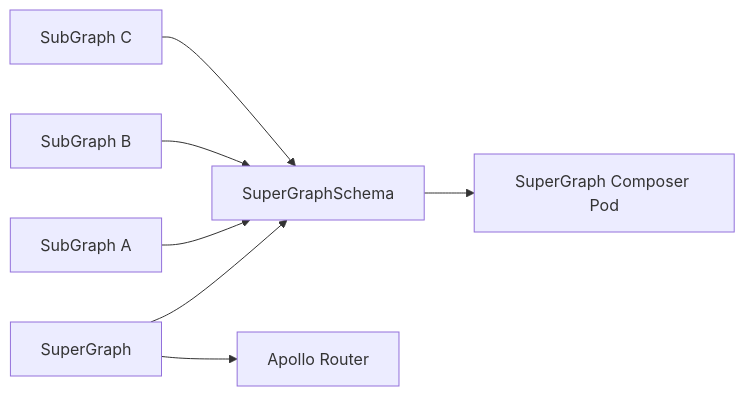
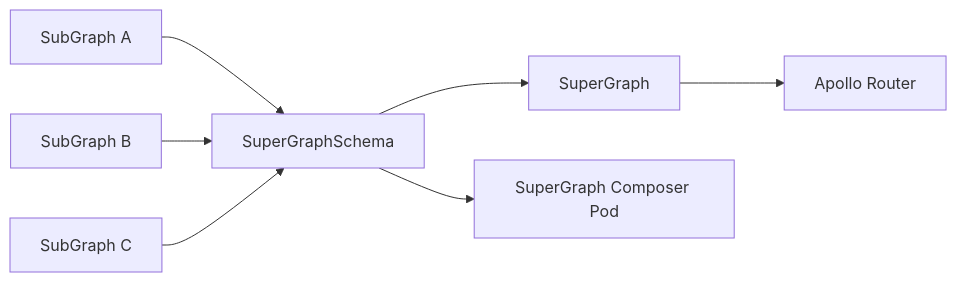
Before and after one commit to DoodleScheduling/apollo-controller: the diagram in README.md, drawn with Mermaid. The commit also changed 10 other files, not shown here.

First line of the commit message:
feat: add schema validation (#42)

````diff
--- a/README.md
+++ b/README.md
@@ -109,18 +109,18 @@
 ```mermaid
 flowchart LR
     SuperGraph["SuperGraph"]
     SuperGraphSchema["SuperGraphSchema"]
     Subgraph1["SubGraph A"]
     Subgraph2["SubGraph B"]
     Subgraph3["SubGraph C"]
     Deployment["Apollo Router"]
     SchemaReconciler["SuperGraph Composer Pod"]
 
     SuperGraphSchema --> SchemaReconciler
-    SuperGraph --> SuperGraphSchema
+    SuperGraphSchema --> SuperGraph
     Subgraph1 --> SuperGraphSchema
     Subgraph2 --> SuperGraphSchema
     Subgraph3 --> SuperGraphSchema
 
     SuperGraph --> Deployment
 ```
````
